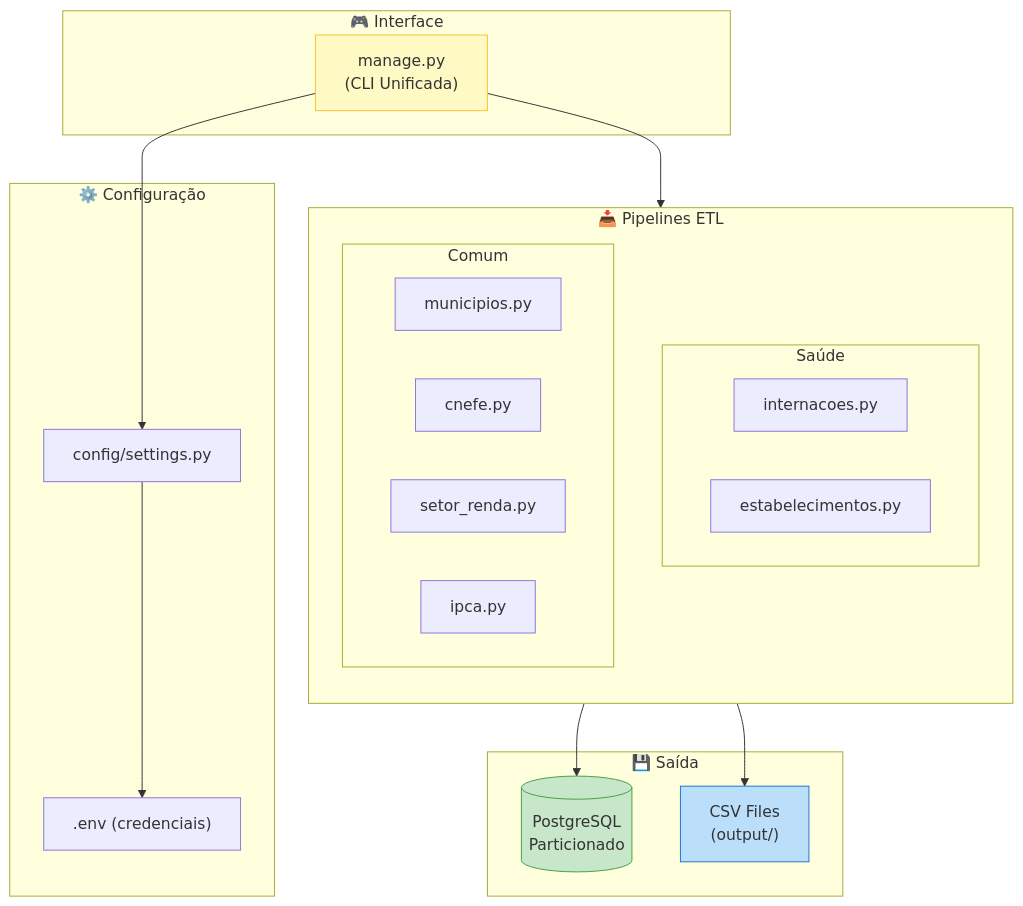
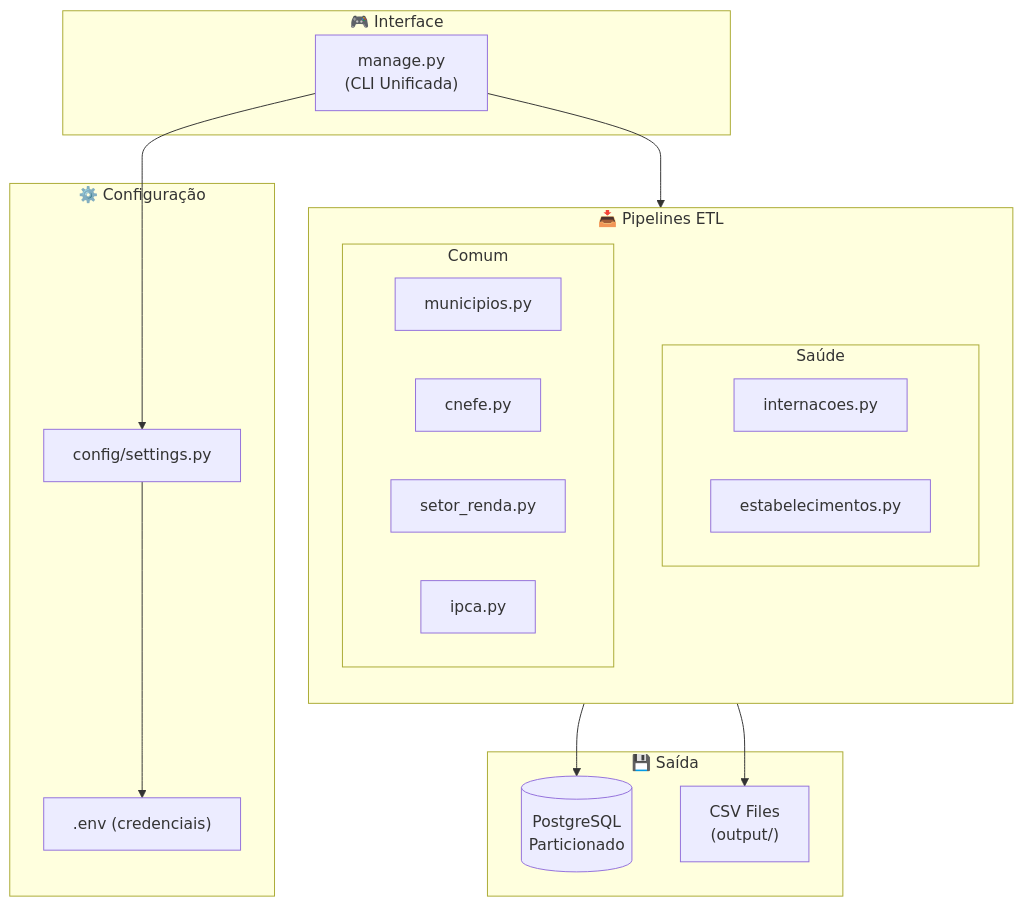
One commit to Iquitim/brasil-dados-publicos changed the first of 2 diagrams in README.md. Above: the diagram before and after it, drawn with Mermaid.

Commit message:
fix: remove mermaid style colors for better dark mode compatibility

````diff
--- a/README.md
+++ b/README.md
@@ -102,40 +102,36 @@
 ```mermaid
 flowchart TB
     subgraph CLI["🎮 Interface"]
         MANAGE["manage.py<br/>(CLI Unificada)"]
     end
 
     subgraph CONFIG["⚙️ Configuração"]
         SETTINGS["config/settings.py"]
         ENV[".env (credenciais)"]
     end
 
     subgraph ETL["📥 Pipelines ETL"]
         direction TB
         subgraph SAUDE["Saúde"]
             INT["internacoes.py"]
             EST["estabelecimentos.py"]
         end
         subgraph COMUM["Comum"]
             MUN["municipios.py"]
             CNEFE["cnefe.py"]
             RENDA["setor_renda.py"]
             IPCA["ipca.py"]
         end
     end
 
     subgraph OUTPUT["💾 Saída"]
         PG[("PostgreSQL<br/>Particionado")]
         CSV["CSV Files<br/>(output/)"]
     end
 
     MANAGE --> SETTINGS
     SETTINGS --> ENV
     MANAGE --> ETL
     ETL --> PG
     ETL --> CSV
-
-    style MANAGE fill:#fff9c4,stroke:#fbc02d
-    style PG fill:#c8e6c9,stroke:#43a047
-    style CSV fill:#bbdefb,stroke:#1976d2
 ```
````
